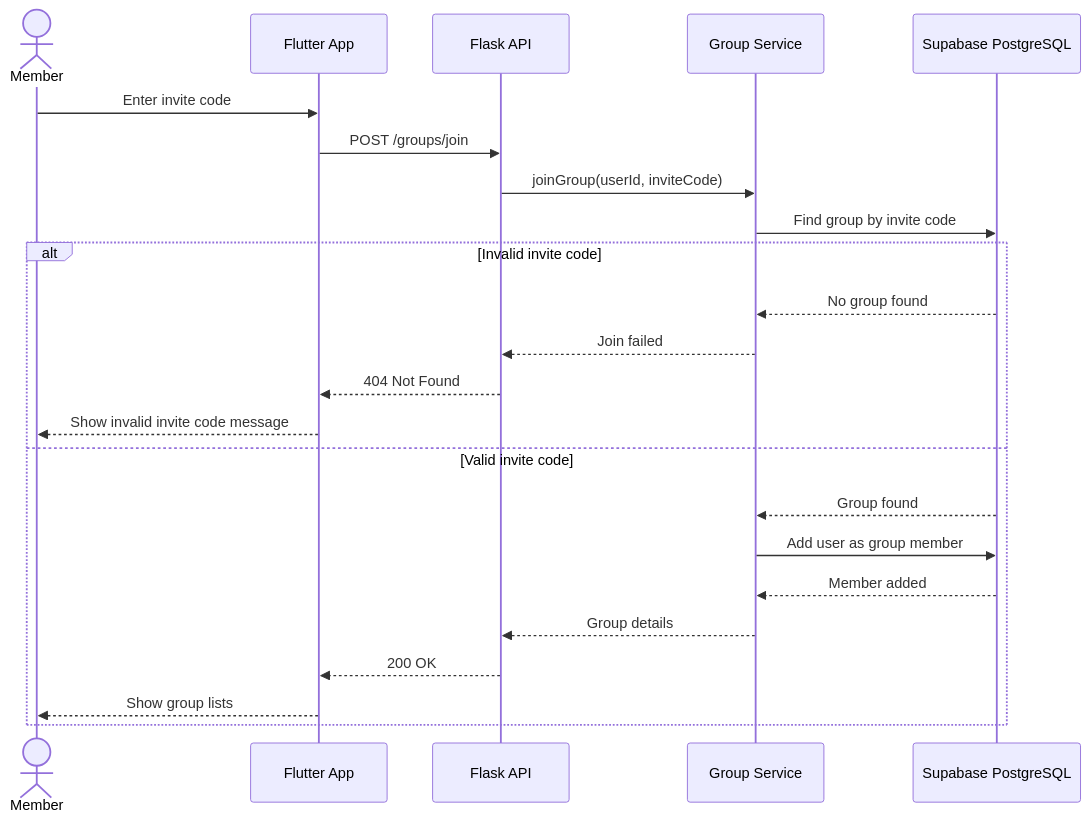
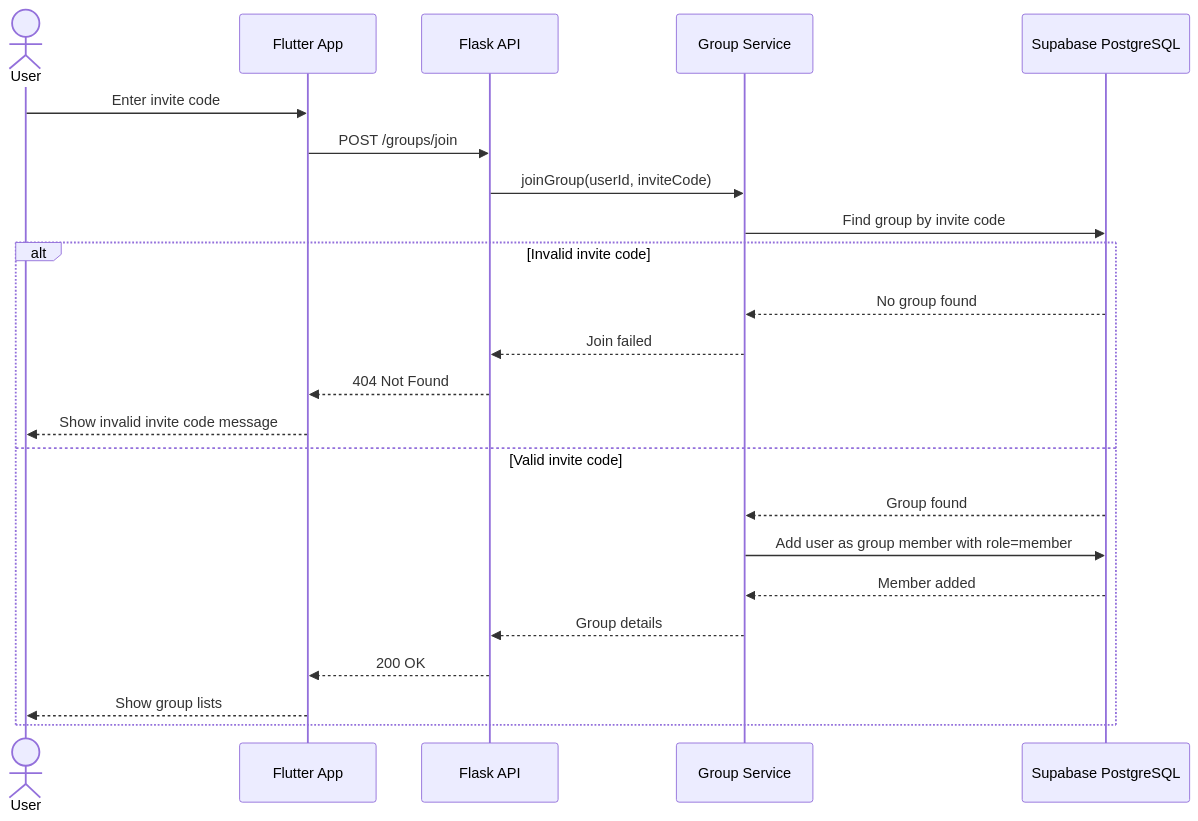
Before and after one commit to MIS-hero/Thalaja-team: the fifth of 9 diagrams in sequence_d.md, drawn with Mermaid. The commit also changed other lines of this file, not shown here.

First line of the commit message:
Change actor from Admin to User in sequence diagrams

````diff
--- a/sequence_d.md
+++ b/sequence_d.md
@@ -125,27 +125,27 @@
 ```mermaid
 sequenceDiagram
-    actor Member
+    actor User
     participant App as Flutter App
     participant API as Flask API
     participant GroupService as Group Service
     participant DB as Supabase PostgreSQL
 
-    Member->>App: Enter invite code
+    User->>App: Enter invite code
     App->>API: POST /groups/join
     API->>GroupService: joinGroup(userId, inviteCode)
     GroupService->>DB: Find group by invite code
 
     alt Invalid invite code
         DB-->>GroupService: No group found
         GroupService-->>API: Join failed
         API-->>App: 404 Not Found
-        App-->>Member: Show invalid invite code message
+        App-->>User: Show invalid invite code message
     else Valid invite code
         DB-->>GroupService: Group found
-        GroupService->>DB: Add user as group member
+        GroupService->>DB: Add user as group member with role=member
         DB-->>GroupService: Member added
         GroupService-->>API: Group details
         API-->>App: 200 OK
-        App-->>Member: Show group lists
+        App-->>User: Show group lists
     end
 ```
````
